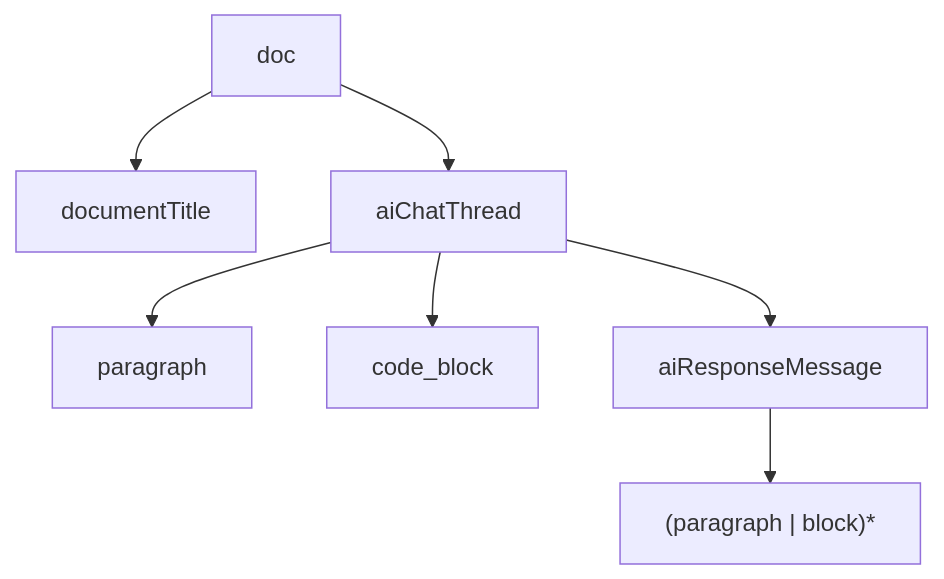
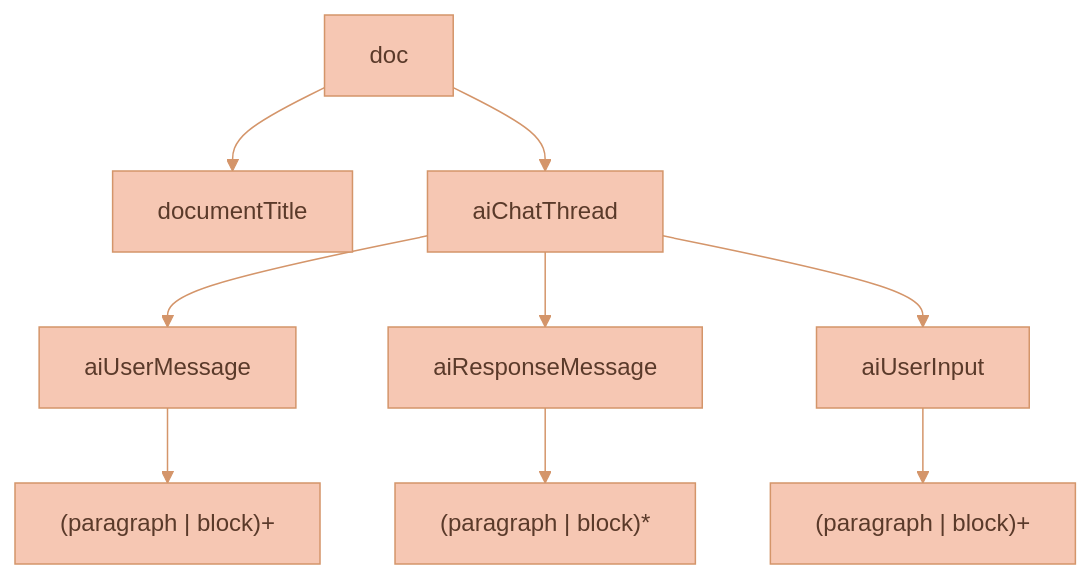
One commit to Lixpi/lixpi changed the second of 8 diagrams in services/web-ui/src/components/proseMirror/README.md. Above: the diagram before and after it, drawn with Mermaid. The commit also changed other lines of this file and 27 other files, not shown here.

````diff
--- a/services/web-ui/src/components/proseMirror/README.md
+++ b/services/web-ui/src/components/proseMirror/README.md
@@ -55,9 +58,12 @@
 ```mermaid
+%%{init: {'theme': 'base', 'themeVariables': { 'primaryColor': '#F6C7B3', 'primaryTextColor': '#5a3a2a', 'primaryBorderColor': '#d4956a', 'secondaryColor': '#C3DEDD', 'secondaryTextColor': '#1a3a47', 'secondaryBorderColor': '#4a8a9d', 'tertiaryColor': '#DCECE9', 'tertiaryTextColor': '#1a3a47', 'tertiaryBorderColor': '#82B2C0', 'lineColor': '#d4956a', 'textColor': '#5a3a2a'}}}%%
 flowchart TD
   A[doc] --> B[documentTitle]
   A --> T[aiChatThread]
-  T --> P[paragraph]
-  T --> CB[code_block]
+  T --> UM[aiUserMessage]
   T --> R[aiResponseMessage]
+  T --> UI[aiUserInput]
+  UM --> UMC["(paragraph | block)+"]
   R --> RP["(paragraph | block)*"]
+  UI --> UIC["(paragraph | block)+"]
 ```
````
